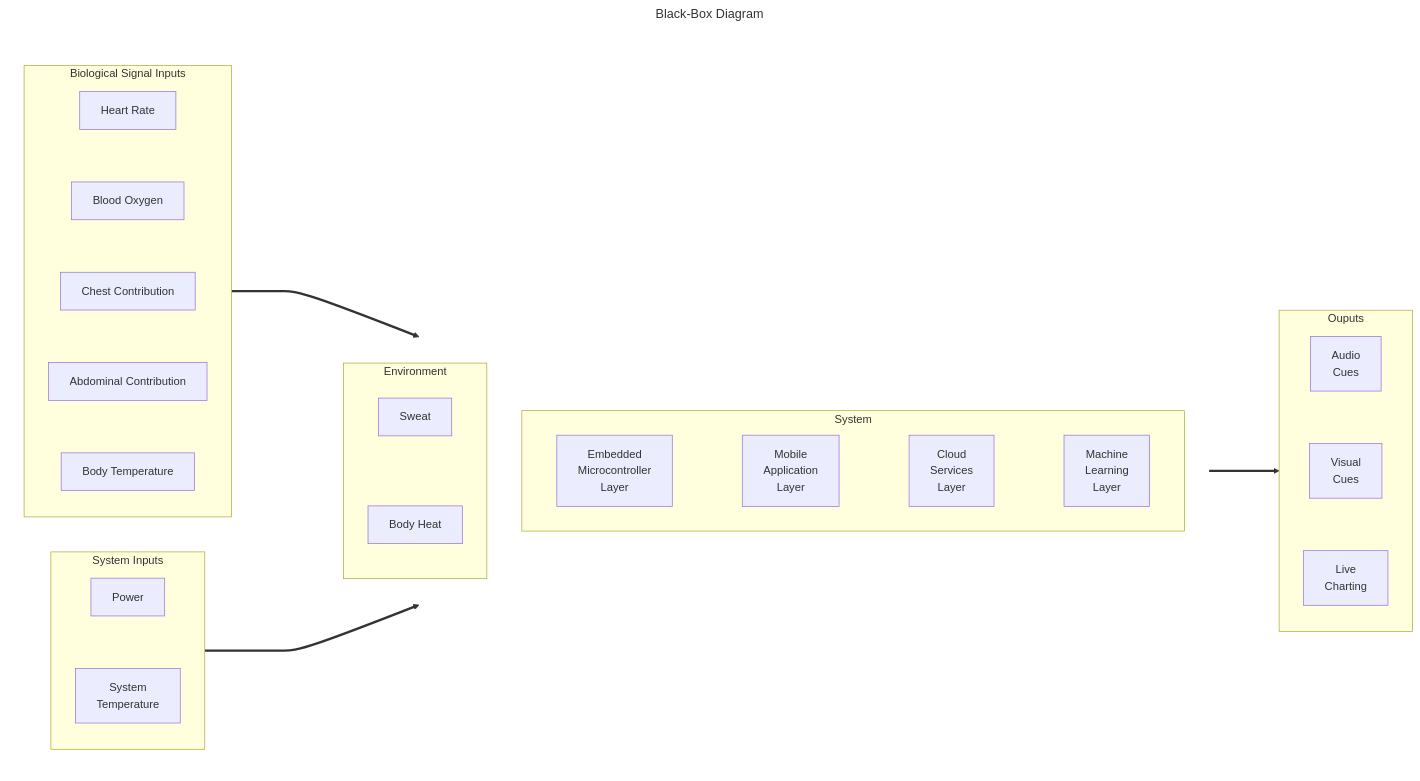
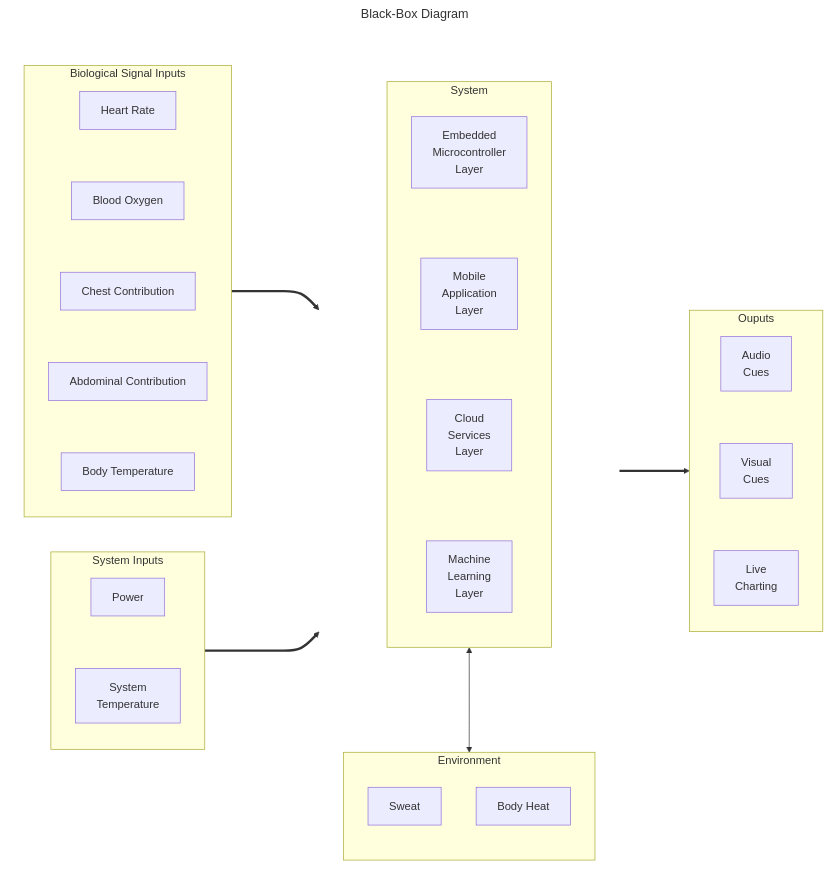
Before and after one commit to ARRR-Coen-Elec-490/docs: the diagram in system-architecture/black-box.md, drawn with Mermaid.

Commit message:
Adding conventional structural changes for Mermaid.js syntax.

```diff
--- a/system-architecture/black-box.md
+++ b/system-architecture/black-box.md
@@ -14,6 +14,7 @@
     %% Inputs
     subgraph left_col[ ]
         subgraph bio_in[Biological Signal Inputs]
+            direction TB
             bpm[Heart Rate]
             spo2[Blood Oxygen]
             chest[Chest Contribution]
@@ -28,6 +29,7 @@
         end
 
         subgraph sys_in[System Inputs]
+            direction TB
             power[Power]
             temp[System<br/>Temperature]
 
@@ -40,6 +42,7 @@
         direction TB
         %% System
         subgraph system[System]
+            direction TB
             mcu[Embedded<br/>Microcontroller<br/>Layer]
             app[Mobile<br/>Application<br/>Layer]
             ml[Machine<br/>Learning<br/>Layer]
@@ -58,13 +61,14 @@
             body_heat[Body Heat]
 
             %% Hidden structural connections
-            sweat~~~body_heat
+            %%sweat~~~body_heat
         end
     end
 
 
     %% Outputs
     subgraph out[Ouputs]
+        direction TB
         audio[Audio<br/>Cues]
         visual[Visual<br/>Cues]
         chart[Live<br/>Charting]
@@ -79,6 +83,7 @@
     bio_in ===> system
     sys_in ===> system
     system ===> out
+    system <---> env
 
     %% Styling
     style left_col fill:none, stroke:none
```
